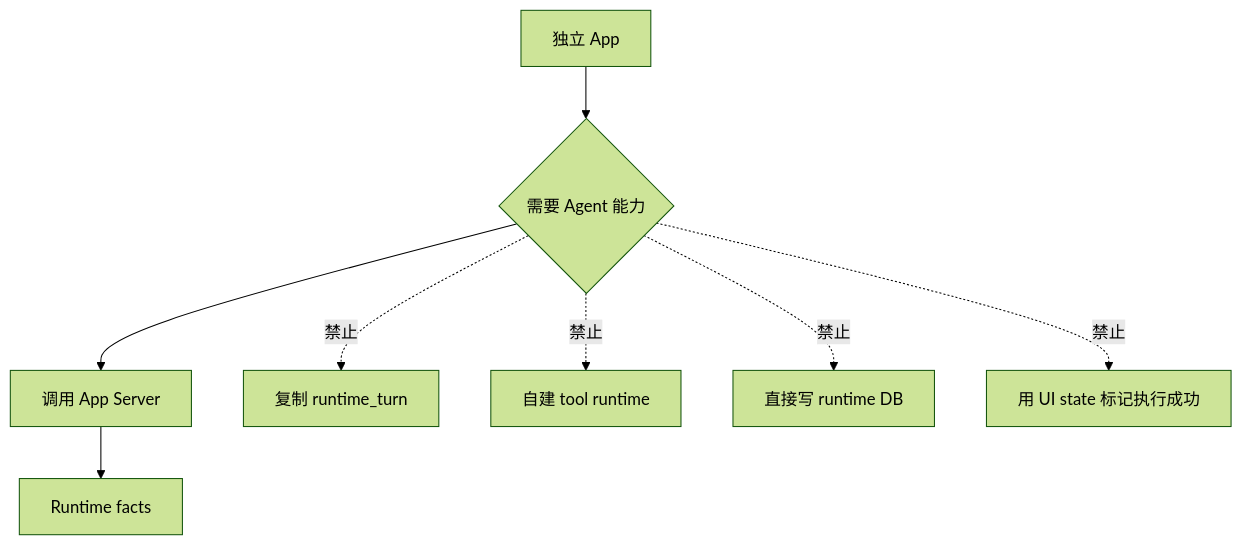
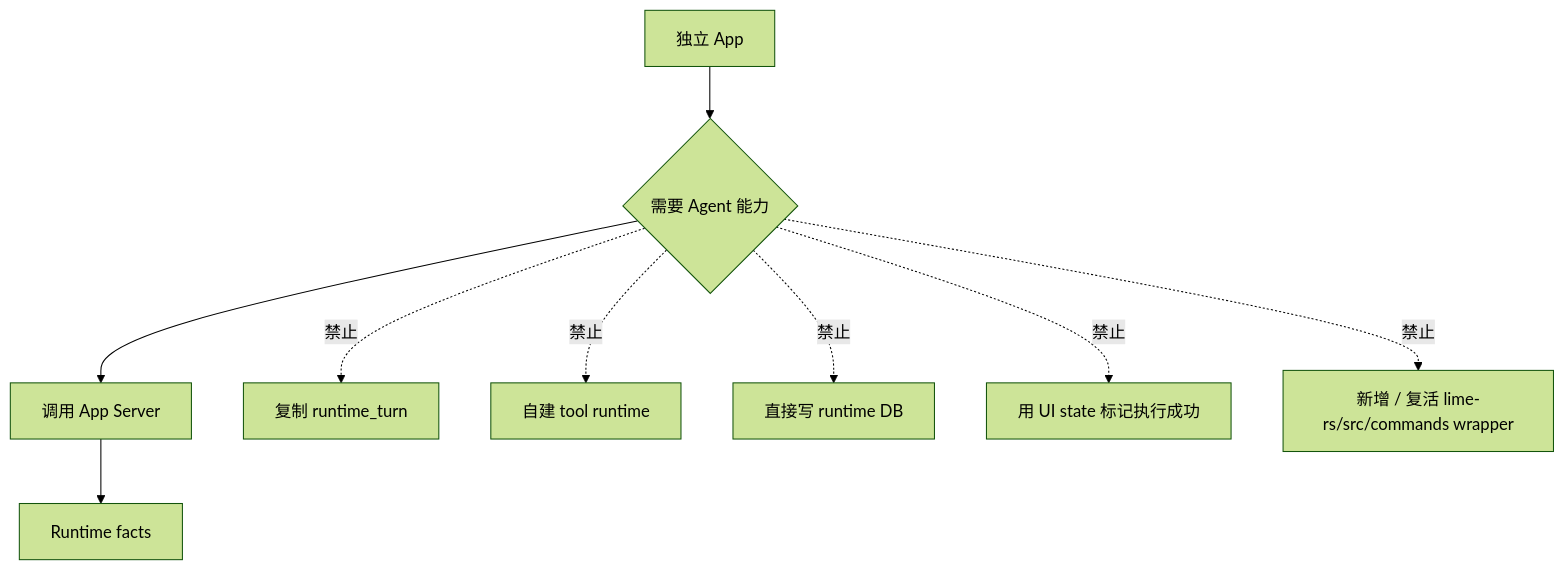
One commit to jiujuan/lime changed the ninth of 9 diagrams in internal/roadmap/appserver/flowcharts.md. Above: the diagram before and after it, drawn with Mermaid (forest theme). The commit also changed other lines of this file and 111 other files, not shown here.

````diff
--- a/internal/roadmap/appserver/flowcharts.md
+++ b/internal/roadmap/appserver/flowcharts.md
@@ -183,10 +185,11 @@
 ```mermaid
 flowchart TD
     A["独立 App"] --> B{"需要 Agent 能力"}
     B --> C["调用 App Server"]
     B -.禁止.-> D["复制 runtime_turn"]
     B -.禁止.-> E["自建 tool runtime"]
     B -.禁止.-> F["直接写 runtime DB"]
     B -.禁止.-> G["用 UI state 标记执行成功"]
+    B -.禁止.-> I["新增 / 复活 lime-rs/src/commands wrapper"]
     C --> H["Runtime facts"]
 ```
````
